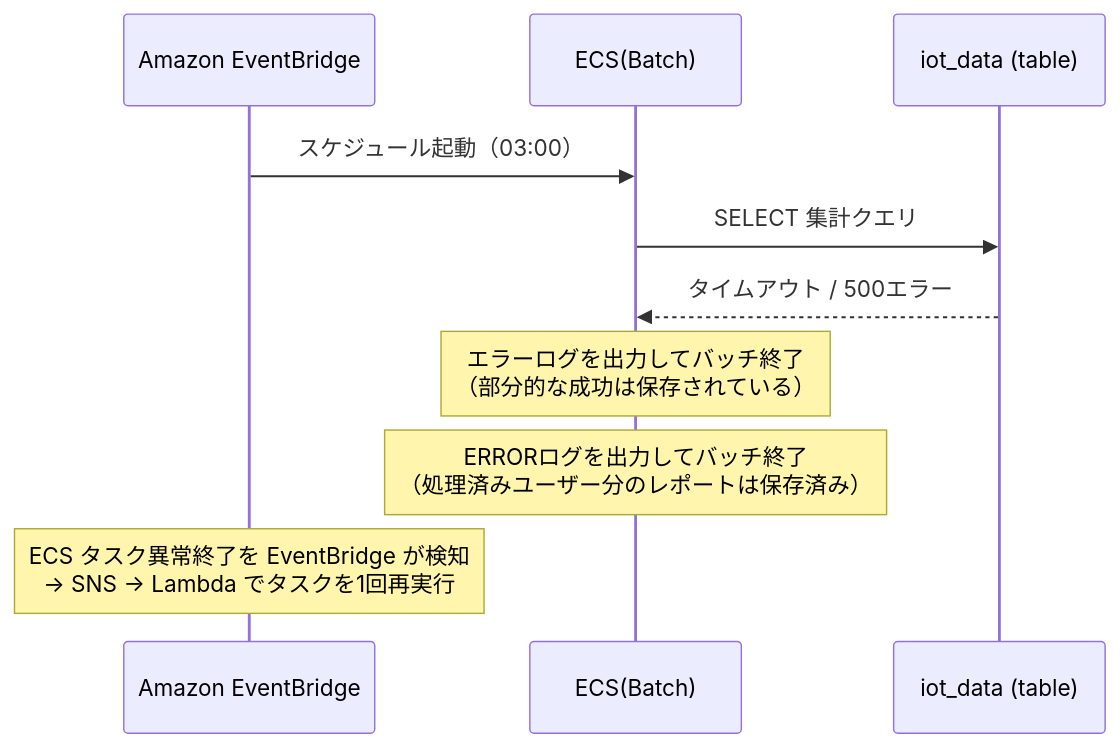
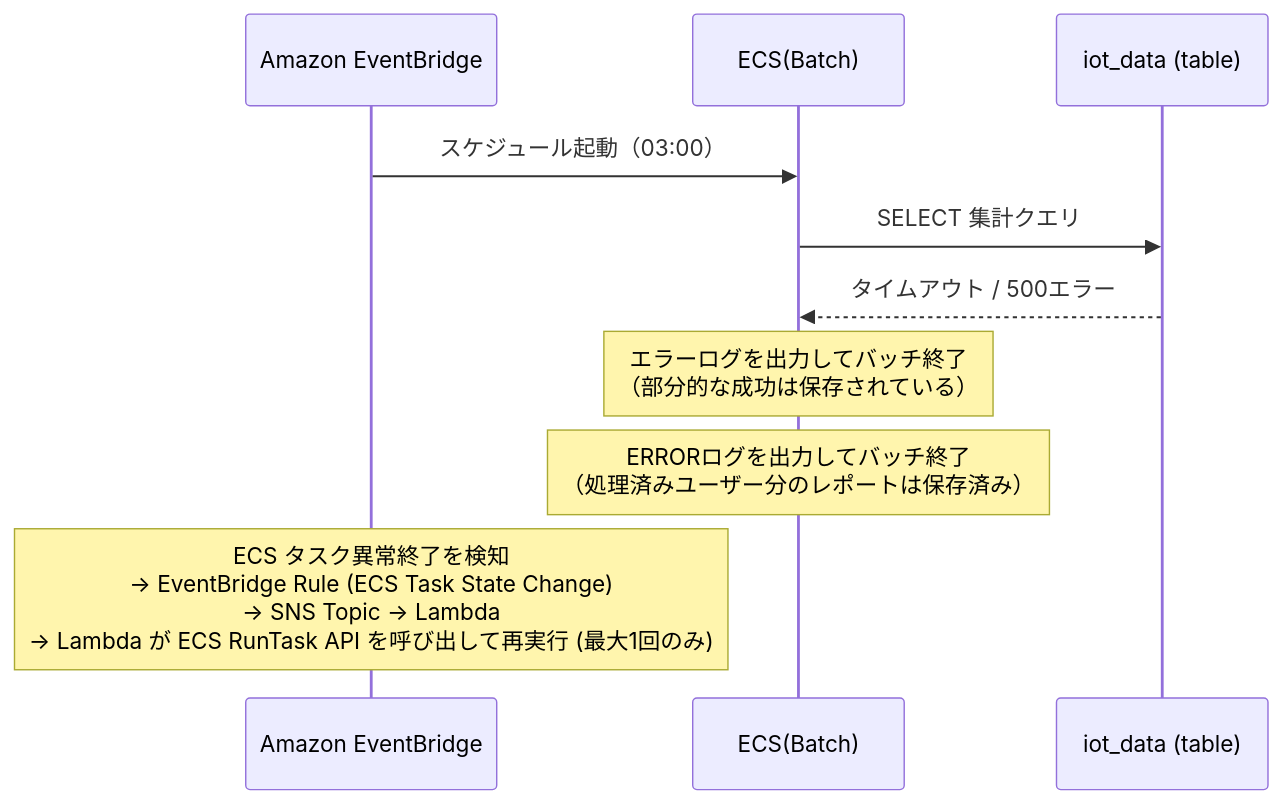
Before and after one commit to riaton/home-smart-factory: the fourth of 4 diagrams in basic_design/sequence/日次レポート生成.md, drawn with Mermaid. The commit also changed other lines of this file and 7 other files, not shown here.

````diff
--- a/basic_design/sequence/日次レポート生成.md
+++ b/basic_design/sequence/日次レポート生成.md
@@ -102,17 +102,17 @@
 ```mermaid
 sequenceDiagram
     participant EB as Amazon EventBridge
     participant Batch as ECS(Batch)
     participant IoT as iot_data (table)
 
     EB->>Batch: スケジュール起動（03:00）
 
     Batch->>IoT: SELECT 集計クエリ
     IoT-->>Batch: タイムアウト / 500エラー
 
     Note over Batch: エラーログを出力してバッチ終了<br/>（部分的な成功は保存されている）
 
     Note over Batch: ERRORログを出力してバッチ終了<br/>（処理済みユーザー分のレポートは保存済み）
 
-    Note over EB: ECS タスク異常終了を EventBridge が検知<br/>→ SNS → Lambda でタスクを1回再実行
+    Note over EB: ECS タスク異常終了を検知<br/>→ EventBridge Rule (ECS Task State Change)<br/>→ SNS Topic → Lambda<br/>→ Lambda が ECS RunTask API を呼び出して再実行 (最大1回のみ)
 ```
````
